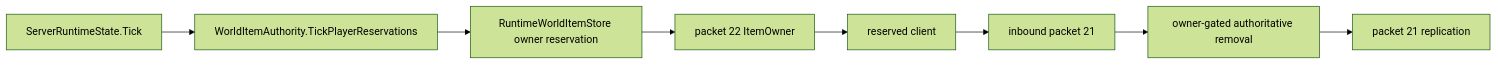
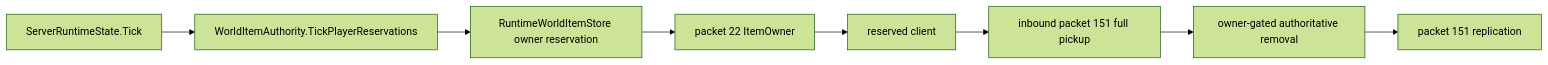
The eighth of 10 diagrams in docs/agent-memory/production-graph.md (VegaKernel/TerraRuntime), drawn with Mermaid (forest theme) before and after one commit. The commit also changed other lines of this file and 318 other files, not shown here.

````diff
--- a/docs/agent-memory/production-graph.md
+++ b/docs/agent-memory/production-graph.md
@@ -277,13 +364,13 @@
 ```mermaid
 flowchart LR
     Tick[ServerRuntimeState.Tick]
     Owner[WorldItemAuthority.TickPlayerReservations]
     Store[RuntimeWorldItemStore owner reservation]
     P22[packet 22 ItemOwner]
     Client[reserved client]
-    P21[inbound packet 21]
+    P151[inbound packet 151 full pickup]
     Remove[owner-gated authoritative removal]
-    Peers[packet 21 replication]
+    Peers[packet 151 replication]
 
-    Tick --> Owner --> Store --> P22 --> Client --> P21 --> Remove --> Peers
+    Tick --> Owner --> Store --> P22 --> Client --> P151 --> Remove --> Peers
 ```
````
